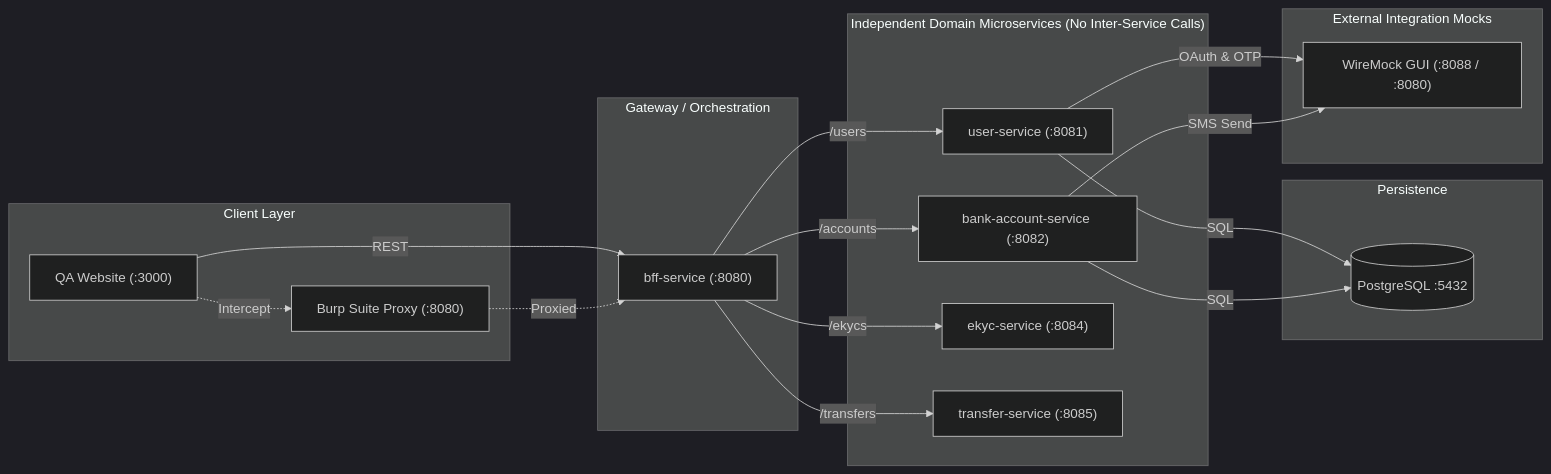
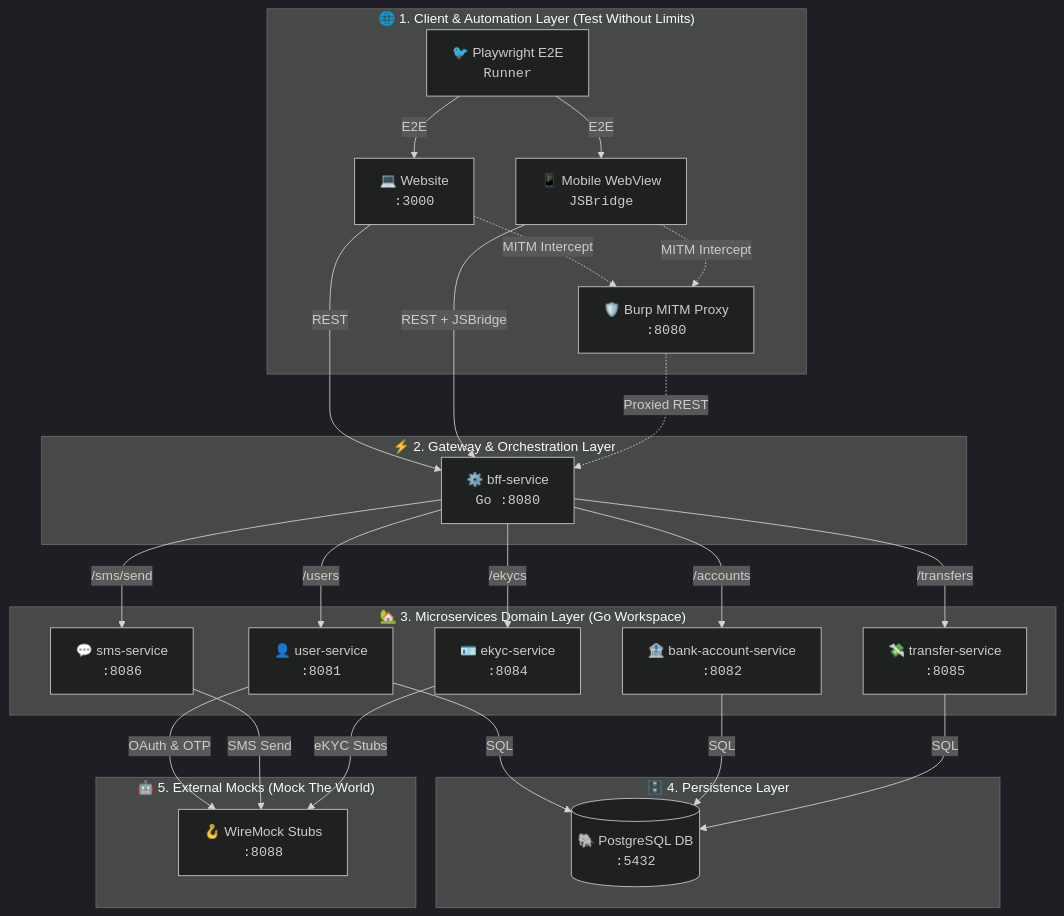
The first of 2 diagrams in slides/slides.md (SiwakornSitti/ultra-smoooooth-testing), drawn with Mermaid (dark theme) before and after one commit. The commit also changed other lines of this file and 37 other files, not shown here.

Commit message:
feat: add standalone otp-service and paotang-service core microservices with WireMock proxy integration and topology docs

````diff
--- a/slides/slides.md
+++ b/slides/slides.md
@@ -45,41 +92,51 @@
 ```mermaid
-flowchart LR
-    subgraph Clients["Client Layer"]
-        Website["QA Website (:3000)"]
-        Burp["Burp Suite Proxy (:8080)"]
+flowchart TD
+    subgraph Clients["🌐 1. Client & Automation Layer (Test Without Limits)"]
+        Website["💻 Website<br/><code>:3000</code>"]
+        BridgeWebsite["📱 Mobile WebView<br/><code>JSBridge</code>"]
+        Playwright["🐦 Playwright E2E<br/><code>Runner</code>"]
+        Burp["🛡️ Burp MITM Proxy<br/><code>:8080</code>"]
     end
 
-    subgraph API_Gateway["Gateway / Orchestration"]
-        BFF["bff-service (:8080)"]
+    subgraph API_Gateway["⚡ 2. Gateway & Orchestration Layer"]
+        BFF["⚙️ bff-service<br/><code>Go :8080</code>"]
     end
 
-    subgraph Core_Services["Independent Domain Microservices (No Inter-Service Calls)"]
-        UserService["user-service (:8081)"]
-        BankService["bank-account-service (:8082)"]
-        EKYCService["ekyc-service (:8084)"]
-        TransferService["transfer-service (:8085)"]
+    subgraph Core_Services["🏡 3. Microservices Domain Layer (Go Workspace)"]
+        UserService["👤 user-service<br/><code>:8081</code>"]
+        BankService["🏦 bank-account-service<br/><code>:8082</code>"]
+        EKYCService["🪪 ekyc-service<br/><code>:8084</code>"]
+        TransferService["💸 transfer-service<br/><code>:8085</code>"]
+        SMSService["💬 sms-service<br/><code>:8086</code>"]
     end
 
-    subgraph Persistence["Persistence"]
-        DB[(PostgreSQL :5432)]
+    subgraph Persistence["🗄️ 4. Persistence Layer"]
+        DB[("🐘 PostgreSQL DB<br/><code>:5432</code>")]
     end
 
-    subgraph External_Mocks["External Integration Mocks"]
-        WireMock["WireMock GUI (:8088 / :8080)"]
+    subgraph External_Mocks["🤖 5. External Mocks (Mock The World)"]
+        WireMock["🪝 WireMock Stubs<br/><code>:8088</code>"]
     end
 
     Website -->|REST| BFF
-    Website -.->|Intercept| Burp
-    Burp -.->|Proxied| BFF
+    BridgeWebsite -->|REST + JSBridge| BFF
+    Playwright -->|E2E| Website
+    Playwright -->|E2E| BridgeWebsite
+    Website -.->|MITM Intercept| Burp
+    BridgeWebsite -.->|MITM Intercept| Burp
+    Burp -.->|Proxied REST| BFF
 
     BFF -->|/users| UserService
     BFF -->|/accounts| BankService
     BFF -->|/ekycs| EKYCService
     BFF -->|/transfers| TransferService
+    BFF -->|/sms/send| SMSService
 
     UserService -->|SQL| DB
     BankService -->|SQL| DB
+    TransferService -->|SQL| DB
 
     UserService -->|OAuth & OTP| WireMock
-    BankService -->|SMS Send| WireMock
+    SMSService -->|SMS Send| WireMock
+    EKYCService -->|eKYC Stubs| WireMock
 ```
````
